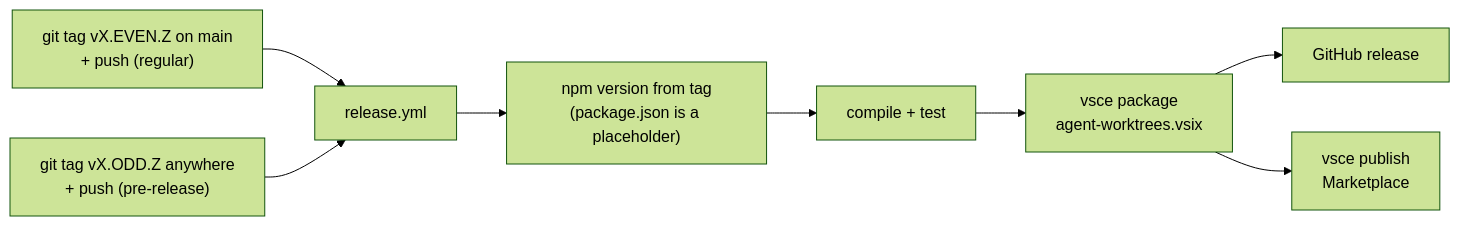
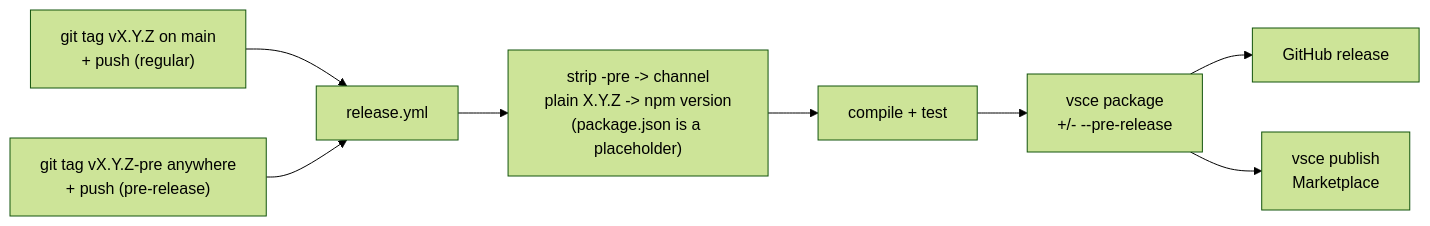
Before and after one commit to BradenTerry/agent-worktrees: the diagram in .claude/skills/release/SKILL.md, drawn with Mermaid (forest theme). The commit also changed other lines of this file and 2 other files, not shown here.

First line of the commit message:
Pick the release channel with the tag, not the minor's parity (#111)

````diff
--- a/.claude/skills/release/SKILL.md
+++ b/.claude/skills/release/SKILL.md
@@ -15,10 +16,10 @@
 ```mermaid
 flowchart LR
-  A["git tag vX.EVEN.Z on main<br/>+ push (regular)"] --> B[release.yml]
-  M["git tag vX.ODD.Z anywhere<br/>+ push (pre-release)"] --> B
-  B --> C["npm version from tag<br/>(package.json is a placeholder)"]
+  A["git tag vX.Y.Z on main<br/>+ push (regular)"] --> B[release.yml]
+  M["git tag vX.Y.Z-pre anywhere<br/>+ push (pre-release)"] --> B
+  B --> C["strip -pre -> channel<br/>plain X.Y.Z -> npm version<br/>(package.json is a placeholder)"]
   C --> D[compile + test]
-  D --> E["vsce package<br/>agent-worktrees.vsix"]
+  D --> E["vsce package<br/>+/- --pre-release"]
   E --> F[GitHub release]
   E --> G["vsce publish<br/>Marketplace"]
 ```
````
